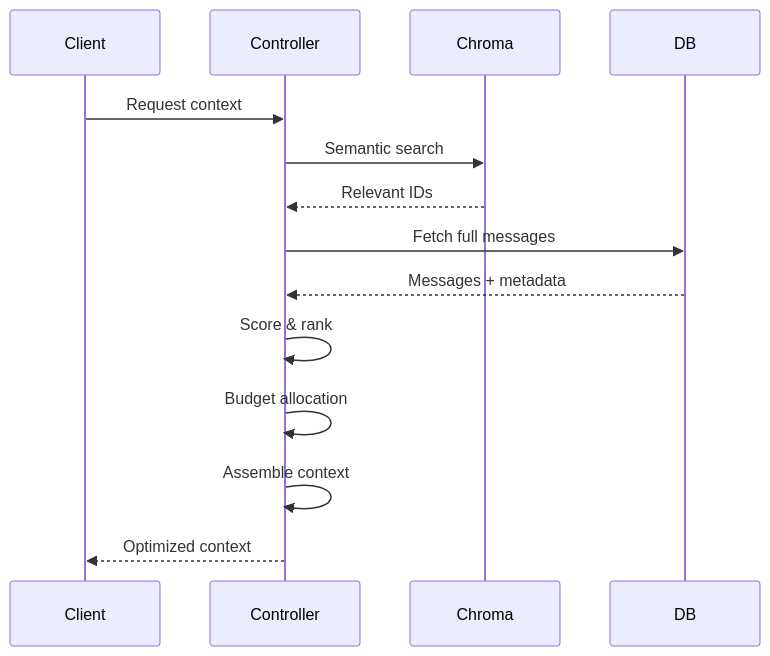
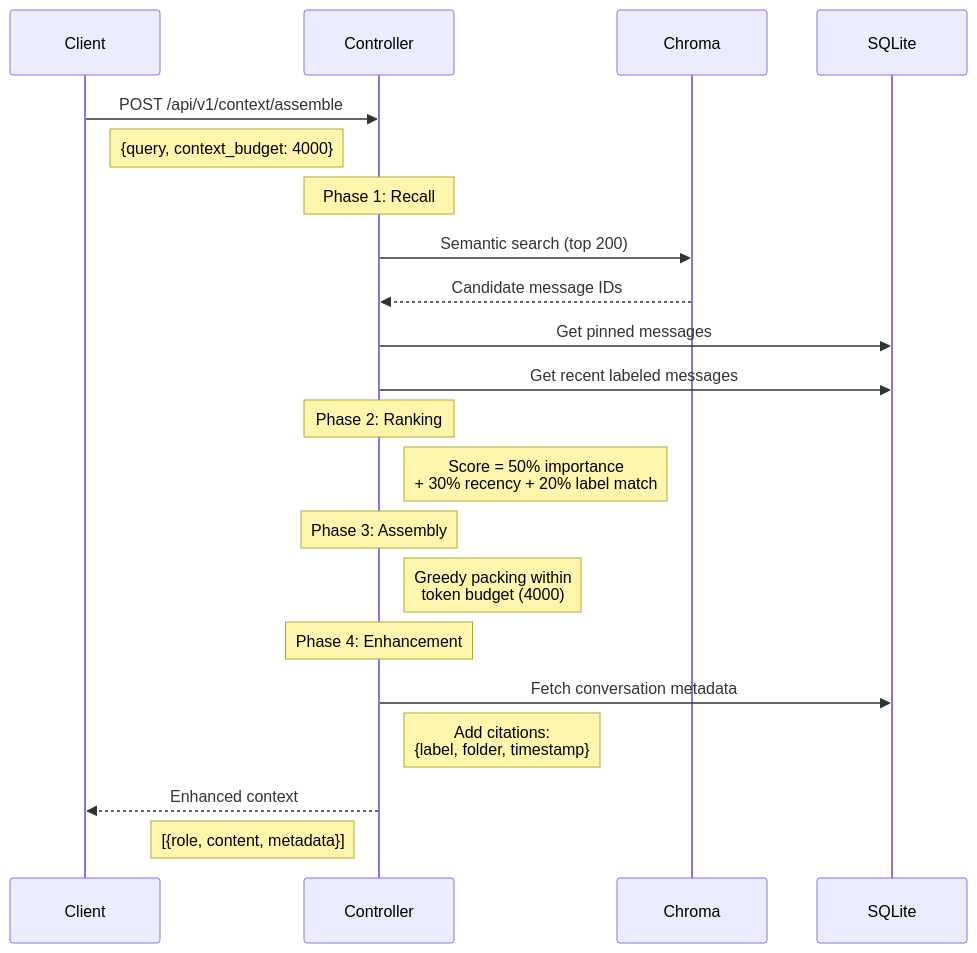
Before and after one commit to sekha-ai/sekha-website: the fourth of 5 diagrams in docs/architecture/overview.md, drawn with Mermaid. The commit also changed other lines of this file, not shown here.

Commit message:
docs: update architecture overview with accurate component details from actual code

````diff
--- a/docs/architecture/overview.md
+++ b/docs/architecture/overview.md
@@ -174,17 +372,29 @@
 ```mermaid
 sequenceDiagram
     participant Client
     participant Controller
     participant Chroma
-    participant DB
+    participant SQLite
     
-    Client->>Controller: Request context
-    Controller->>Chroma: Semantic search
-    Chroma-->>Controller: Relevant IDs
-    Controller->>DB: Fetch full messages
-    DB-->>Controller: Messages + metadata
-    Controller->>Controller: Score & rank
-    Controller->>Controller: Budget allocation
-    Controller->>Controller: Assemble context
-    Controller-->>Client: Optimized context
+    Client->>Controller: POST /api/v1/context/assemble
+    Note right of Client: {query, context_budget: 4000}
+    
+    Note over Controller: Phase 1: Recall
+    Controller->>Chroma: Semantic search (top 200)
+    Chroma-->>Controller: Candidate message IDs
+    Controller->>SQLite: Get pinned messages
+    Controller->>SQLite: Get recent labeled messages
+    
+    Note over Controller: Phase 2: Ranking
+    Note right of Controller: Score = 50% importance<br/>+ 30% recency + 20% label match
+    
+    Note over Controller: Phase 3: Assembly
+    Note right of Controller: Greedy packing within<br/>token budget (4000)
+    
+    Note over Controller: Phase 4: Enhancement
+    Controller->>SQLite: Fetch conversation metadata
+    Note right of Controller: Add citations:<br/>{label, folder, timestamp}
+    
+    Controller-->>Client: Enhanced context
+    Note left of Controller: [{role, content, metadata}]
 ```
````
